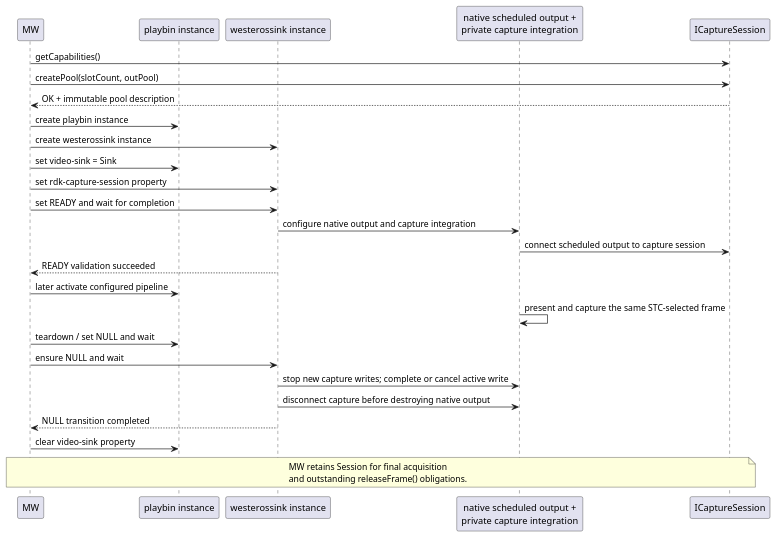
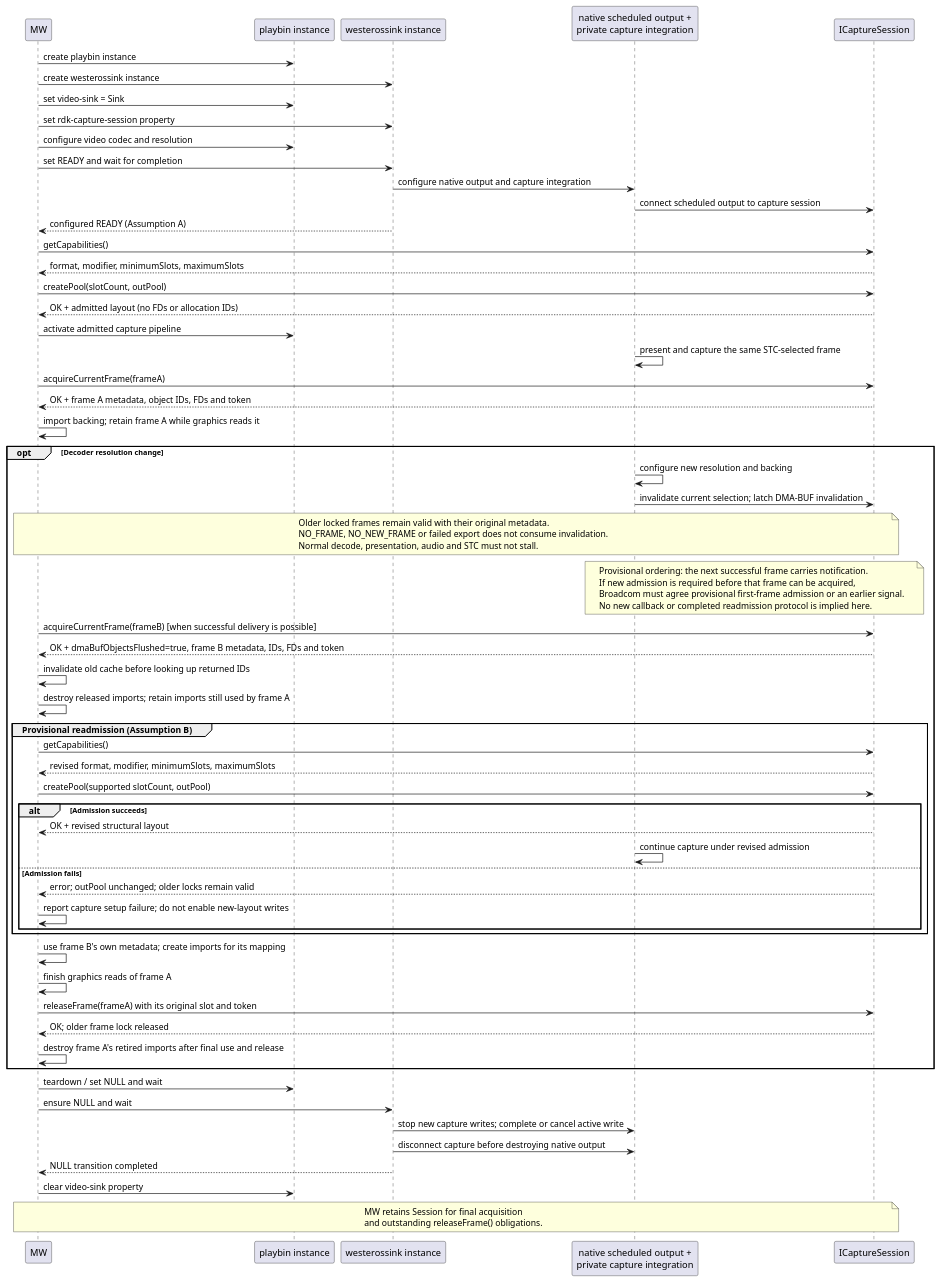
Before and after one commit to rdkcentral/rdk-hpk-documentation: the diagram in doc/Media_Pipeline/SPECIFICATION-soc-video-frame-capture.md, drawn with PlantUML. The commit also changed other lines of this file, not shown here.

First line of the commit message:
Added configured-pipeline minimum/maximum slot limits, stable DMA-BUF object IDs, cached graphics imports and resolution-change invalidation

````diff
--- a/doc/Media_Pipeline/SPECIFICATION-soc-video-frame-capture.md
+++ b/doc/Media_Pipeline/SPECIFICATION-soc-video-frame-capture.md
@@ -315,34 +326,76 @@
 ```plantuml
 @startuml
 participant MW
 participant "playbin instance" as Playbin
 participant "westerossink instance" as Sink
 participant "native scheduled output +\nprivate capture integration" as Output
 participant ICaptureSession as Session
 
-MW -> Session: getCapabilities()
-MW -> Session: createPool(slotCount, outPool)
-Session --> MW: OK + immutable pool description
 MW -> Playbin: create playbin instance
 MW -> Sink: create westerossink instance
 MW -> Playbin: set video-sink = Sink
 MW -> Sink: set rdk-capture-session property
+MW -> Playbin: configure video codec and resolution
 MW -> Sink: set READY and wait for completion
 Sink -> Output: configure native output and capture integration
 Output -> Session: connect scheduled output to capture session
-Sink --> MW: READY validation succeeded
-MW -> Playbin: later activate configured pipeline
+Sink --> MW: configured READY (Assumption A)
+MW -> Session: getCapabilities()
+Session --> MW: format, modifier, minimumSlots, maximumSlots
+MW -> Session: createPool(slotCount, outPool)
+Session --> MW: OK + admitted layout (no FDs or allocation IDs)
+MW -> Playbin: activate admitted capture pipeline
 Output -> Output: present and capture the same STC-selected frame
+MW -> Session: acquireCurrentFrame(frameA)
+Session --> MW: OK + frame A metadata, object IDs, FDs and token
+MW -> MW: import backing; retain frame A while graphics reads it
+
+opt Decoder resolution change
+    Output -> Output: configure new resolution and backing
+    Output -> Session: invalidate current selection; latch DMA-BUF invalidation
+    note over MW,Session
+    Older locked frames remain valid with their original metadata.
+    NO_FRAME, NO_NEW_FRAME or failed export does not consume invalidation.
+    Normal decode, presentation, audio and STC must not stall.
+    end note
+    note over Output,Session
+    Provisional ordering: the next successful frame carries notification.
+    If new admission is required before that frame can be acquired,
+    Broadcom must agree provisional first-frame admission or an earlier signal.
+    No new callback or completed readmission protocol is implied here.
+    end note
+    MW -> Session: acquireCurrentFrame(frameB) [when successful delivery is possible]
+    Session --> MW: OK + dmaBufObjectsFlushed=true, frame B metadata, IDs, FDs and token
+    MW -> MW: invalidate old cache before looking up returned IDs
+    MW -> MW: destroy released imports; retain imports still used by frame A
+    group Provisional readmission (Assumption B)
+        MW -> Session: getCapabilities()
+        Session --> MW: revised format, modifier, minimumSlots, maximumSlots
+        MW -> Session: createPool(supported slotCount, outPool)
+        alt Admission succeeds
+            Session --> MW: OK + revised structural layout
+            Output -> Output: continue capture under revised admission
+        else Admission fails
+            Session --> MW: error; outPool unchanged; older locks remain valid
+            MW -> MW: report capture setup failure; do not enable new-layout writes
+        end
+    end
+    MW -> MW: use frame B's own metadata; create imports for its mapping
+    MW -> MW: finish graphics reads of frame A
+    MW -> Session: releaseFrame(frameA) with its original slot and token
+    Session --> MW: OK; older frame lock released
+    MW -> MW: destroy frame A's retired imports after final use and release
+end
 
 MW -> Playbin: teardown / set NULL and wait
 MW -> Sink: ensure NULL and wait
 Sink -> Output: stop new capture writes; complete or cancel active write
 Sink -> Output: disconnect capture before destroying native output
 Sink --> MW: NULL transition completed
 MW -> Playbin: clear video-sink property
 note over MW,Session
 MW retains Session for final acquisition
 and outstanding releaseFrame() obligations.
 end note
 @enduml
 ```
````
